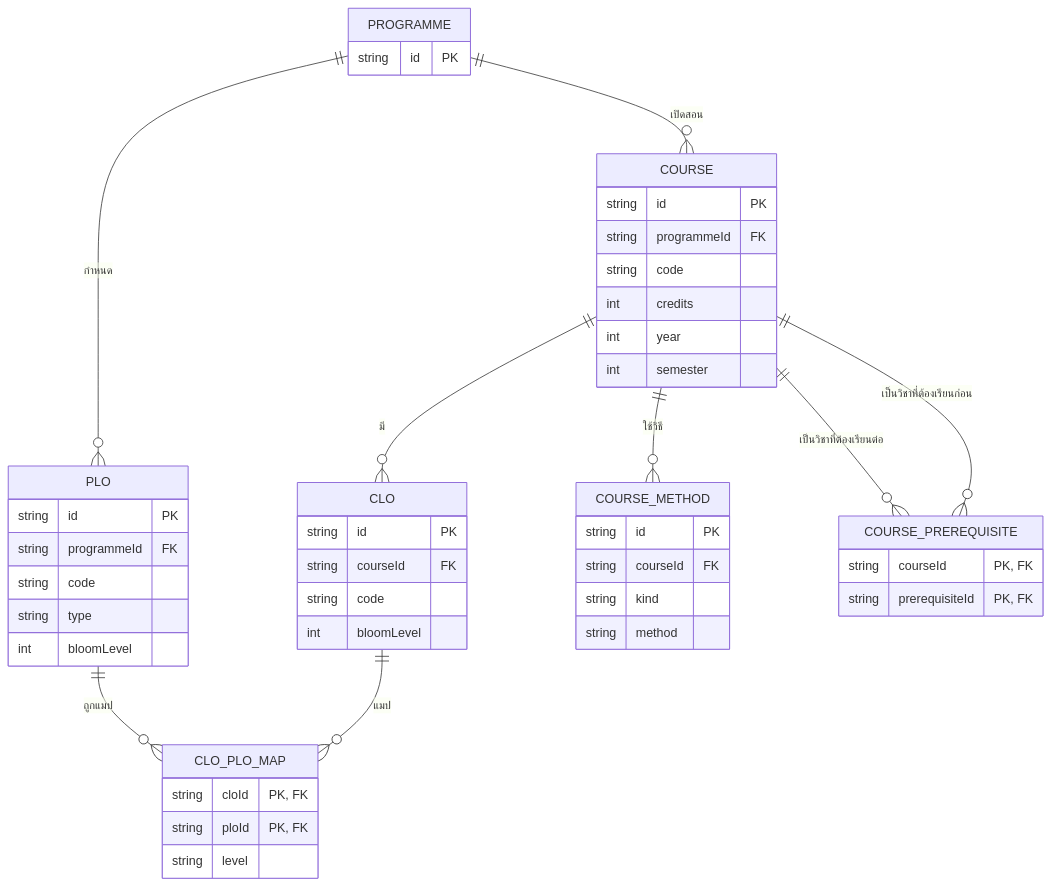
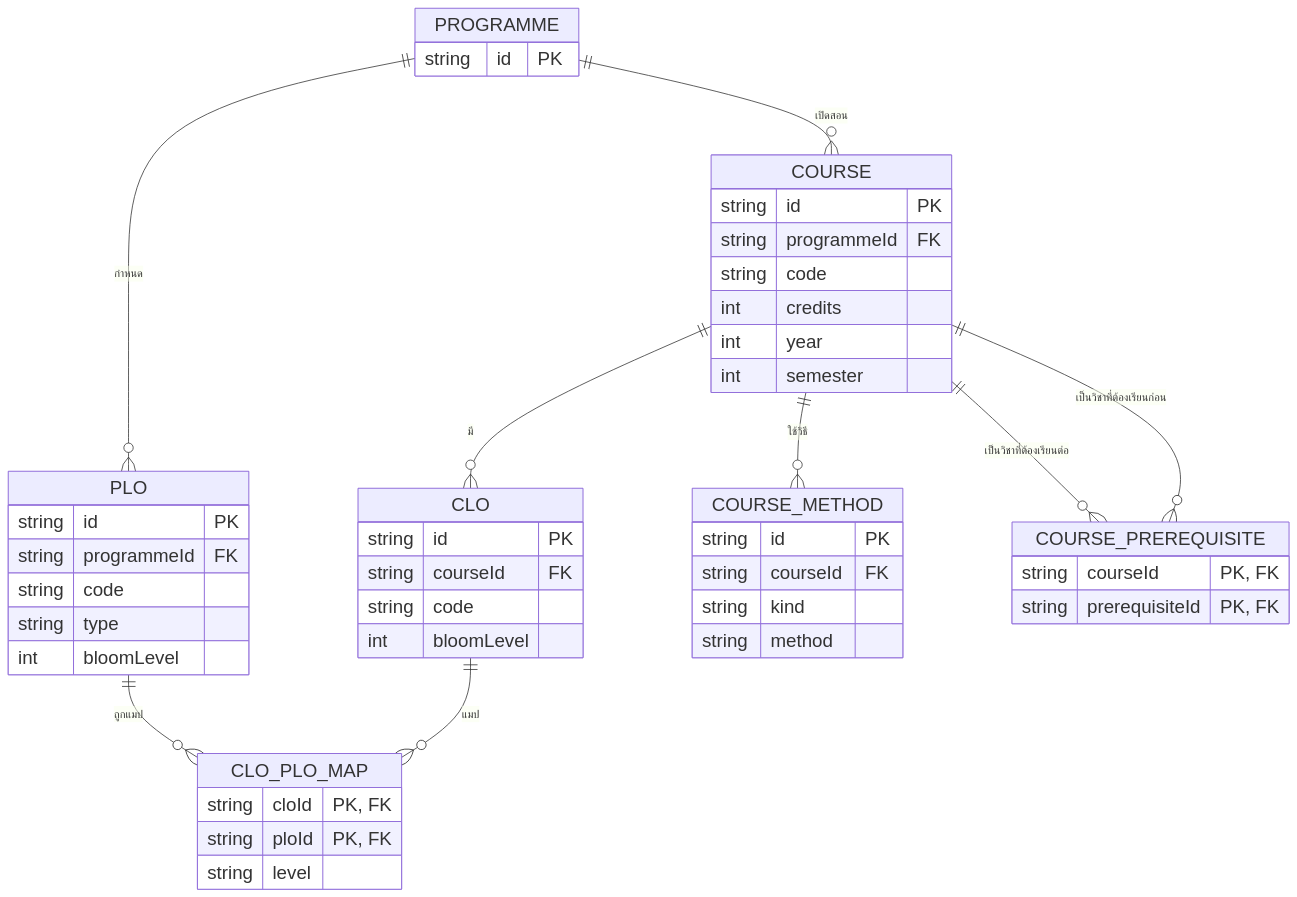
Before and after one commit to sunthanathza5566/project-mockup: the diagram in docs/diagrams/er-curriculum.mmd, drawn with Mermaid. The commit also changed 15 other files, not shown here.

Commit message:
docs(TASK-0001): D1 final UML diagram set (20 figures, A4-legible, mermaid dashed-line fix)

```diff
--- a/docs/diagrams/er-curriculum.mmd
+++ b/docs/diagrams/er-curriculum.mmd
@@ -1,49 +1,50 @@
-%% source: eduflow-next/lib/types.ts:233-255 (Plo, Course, Clo, CloPloMap, CourseMethod); lib/api/db.ts:29-33 | task: TASK-0001 | updated: 2026-10-21
+%% source: eduflow-next/lib/types.ts:293-306 (Plo, Course, Clo, CloPloMap, CourseMethod); lib/api/db.ts:29-33 (KEYS) | task: TASK-0001 | updated: 2026-10-23
+%%{init: {"themeVariables": {"fontSize": "24px"}, "themeCSS": ".edgeLabel .label{font-size:22px}", "er": {"entityPadding": 6}}}%%
 erDiagram
   PROGRAMME ||--o{ PLO : "กำหนด"
   PROGRAMME ||--o{ COURSE : "เปิดสอน"
   COURSE ||--o{ CLO : "มี"
   COURSE ||--o{ COURSE_METHOD : "ใช้วิธี"
   COURSE ||--o{ COURSE_PREREQUISITE : "เป็นวิชาที่ต้องเรียนต่อ"
   COURSE ||--o{ COURSE_PREREQUISITE : "เป็นวิชาที่ต้องเรียนก่อน"
   CLO ||--o{ CLO_PLO_MAP : "แมป"
   PLO ||--o{ CLO_PLO_MAP : "ถูกแมป"
   PROGRAMME {
     string id PK
   }
   PLO {
     string id PK
     string programmeId FK
     string code
     string type
     int bloomLevel
   }
   COURSE {
     string id PK
     string programmeId FK
     string code
     int credits
     int year
     int semester
   }
   CLO {
     string id PK
     string courseId FK
     string code
     int bloomLevel
   }
   CLO_PLO_MAP {
     string cloId "PK, FK"
     string ploId "PK, FK"
     string level
   }
   COURSE_METHOD {
     string id PK
     string courseId FK
     string kind
     string method
   }
   COURSE_PREREQUISITE {
     string courseId "PK, FK"
     string prerequisiteId "PK, FK"
   }
```
